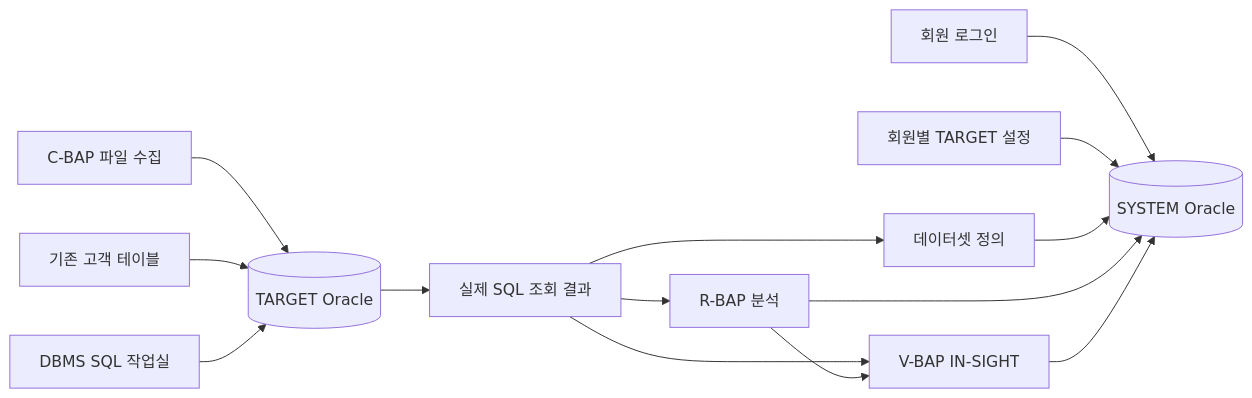
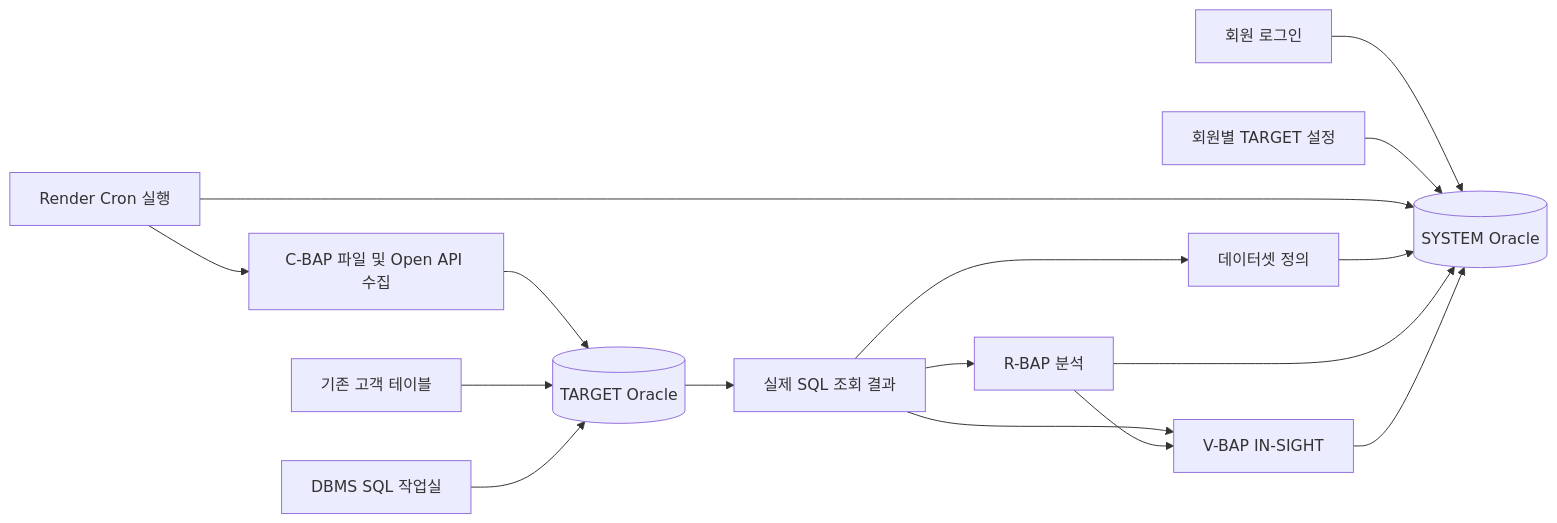
The diagram in reference/architecture/REAL_DATABASE.md (initgroup/in-baps), drawn with Mermaid before and after one commit. The commit also changed other lines of this file and 71 other files, not shown here.

````diff
--- a/reference/architecture/REAL_DATABASE.md
+++ b/reference/architecture/REAL_DATABASE.md
@@ -7,16 +7,18 @@
 ```mermaid
 flowchart LR
     Member[회원 로그인] --> System[(SYSTEM Oracle)]
     Settings[회원별 TARGET 설정] --> System
-    Collection[C-BAP 파일 수집] --> Target[(TARGET Oracle)]
+    Collection[C-BAP 파일 및 Open API 수집] --> Target[(TARGET Oracle)]
+    Schedule[Render Cron 실행] --> Collection
+    Schedule --> System
     Existing[기존 고객 테이블] --> Target
     Workbench[DBMS SQL 작업실] --> Target
     Target --> Query[실제 SQL 조회 결과]
     Query --> Analysis[R-BAP 분석]
     Query --> Visual[V-BAP IN-SIGHT]
     Analysis --> Visual
     Query --> Catalog[데이터셋 정의]
     Catalog --> System
     Analysis --> System
     Visual --> System
 ```
````
